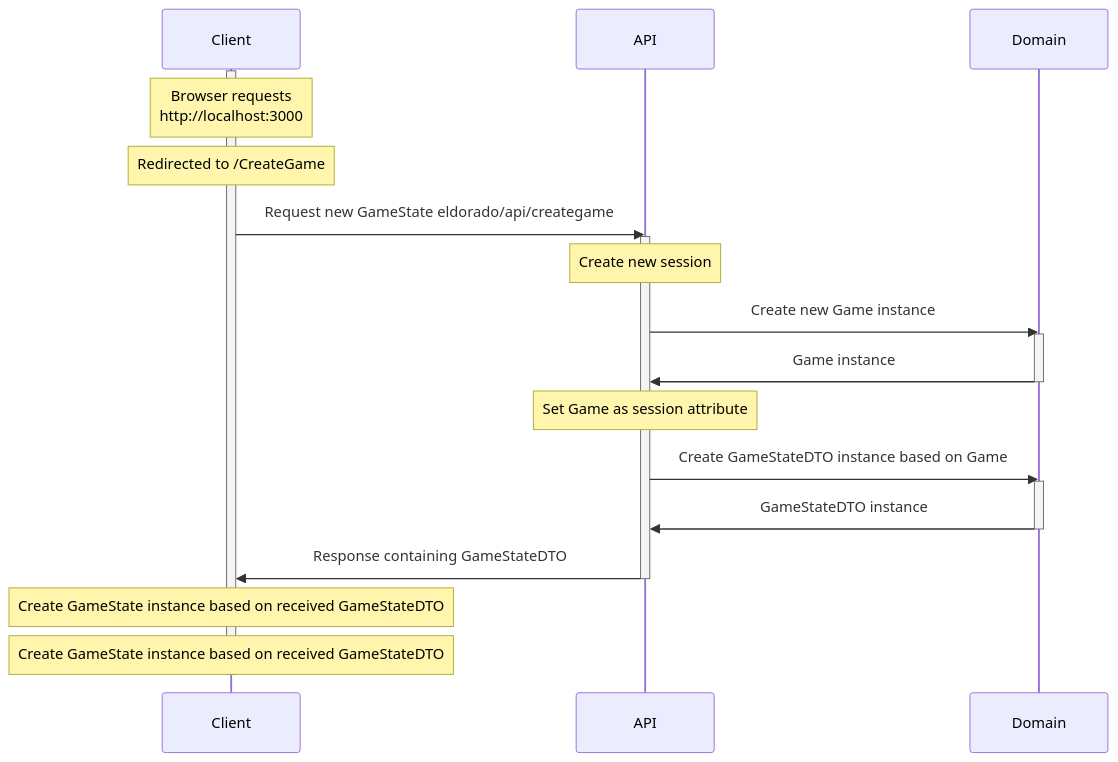
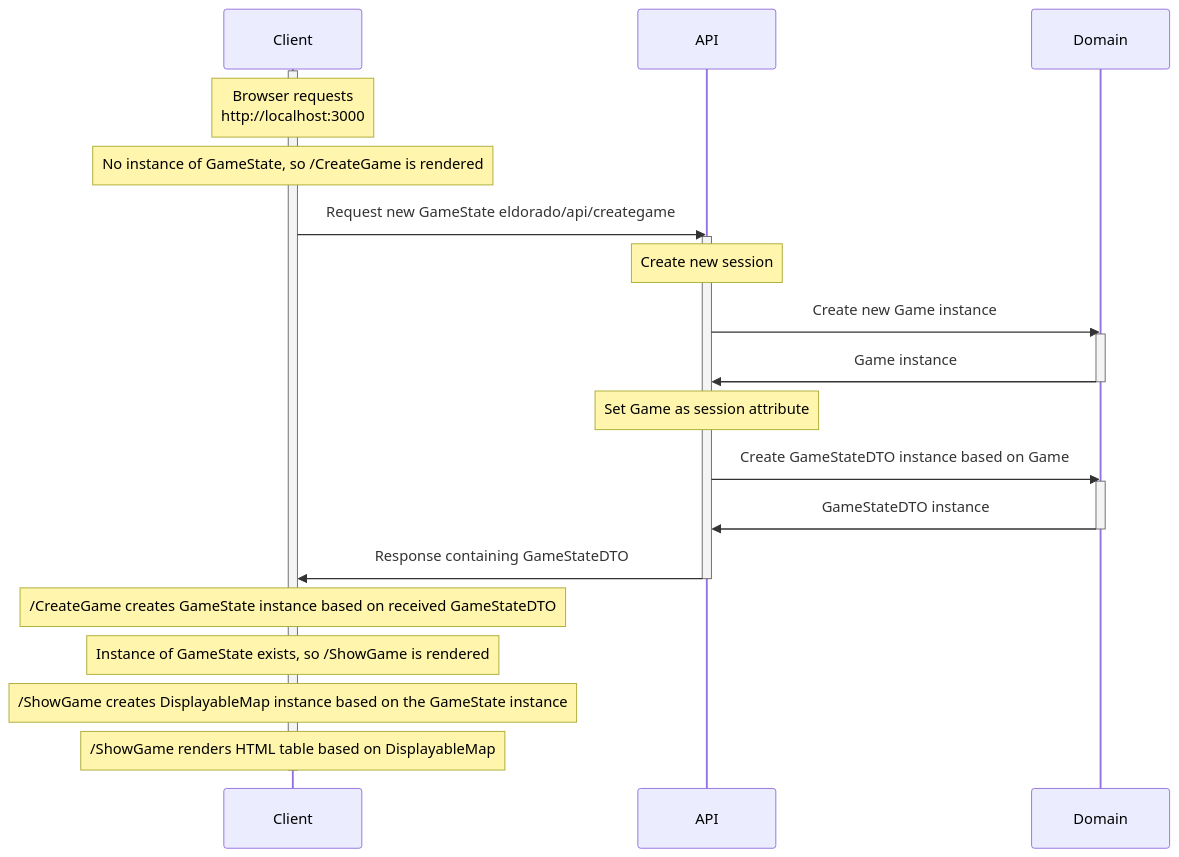
One commit to stijnlinderman/eldorado changed the second of 4 diagrams in ARCHITECTURE.md. Above: the diagram before and after it, drawn with Mermaid. The commit also changed other lines of this file, not shown here.

````diff
--- a/ARCHITECTURE.md
+++ b/ARCHITECTURE.md
@@ -20,26 +20,28 @@
 ```mermaid
 sequenceDiagram
     participant Client
     participant API
     participant Domain
     activate Client
     Note over Client: Browser requests<br>http://localhost:3000
-    Note over Client: Redirected to /CreateGame
+    Note over Client: No instance of GameState, so /CreateGame is rendered
     Client->>API: Request new GameState eldorado/api/creategame
     activate API
     Note over API: Create new session
     API->>Domain: Create new Game instance
     activate Domain
     Domain->>API: Game instance
     deactivate Domain
     Note over API: Set Game as session attribute
     API->>Domain: Create GameStateDTO instance based on Game
     activate Domain
     Domain->>API: GameStateDTO instance
     deactivate Domain
     API->>Client: Response containing GameStateDTO
     deactivate API
-    Note over Client: Create GameState instance based on received GameStateDTO
-    Note over Client: Create GameState instance based on received GameStateDTO
+    Note over Client: /CreateGame creates GameState instance based on received GameStateDTO
+    Note over Client: Instance of GameState exists, so /ShowGame is rendered
+    Note over Client: /ShowGame creates DisplayableMap instance based on the GameState instance
+    Note over Client: /ShowGame renders HTML table based on DisplayableMap
     deactivate Client
 ```
````
